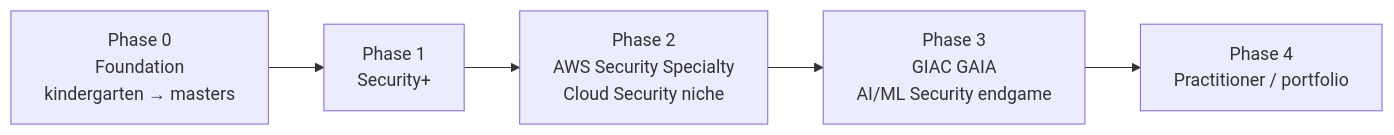
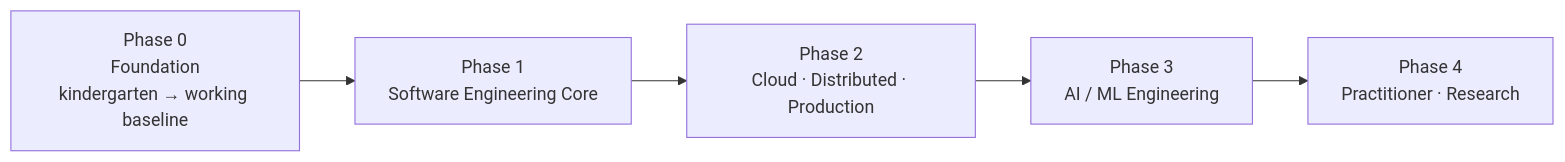
The diagram in content/index.md (MdAshrafulIslam1998/cybergym), drawn with Mermaid before and after one commit. The commit also changed other lines of this file and 23 other files, not shown here.

````diff
--- a/content/index.md
+++ b/content/index.md
@@ -36,7 +39,7 @@
 ```mermaid
 graph LR
-  P0[Phase 0<br/>Foundation<br/>kindergarten → masters] --> P1[Phase 1<br/>Security+]
-  P1 --> P2[Phase 2<br/>AWS Security Specialty<br/>Cloud Security niche]
-  P2 --> P3[Phase 3<br/>GIAC GAIA<br/>AI/ML Security endgame]
-  P3 --> P4[Phase 4<br/>Practitioner / portfolio]
+  P0[Phase 0<br/>Foundation<br/>kindergarten → working baseline] --> P1[Phase 1<br/>Software Engineering Core]
+  P1 --> P2[Phase 2<br/>Cloud · Distributed · Production]
+  P2 --> P3[Phase 3<br/>AI / ML Engineering]
+  P3 --> P4[Phase 4<br/>Practitioner · Research]
 ```
````
